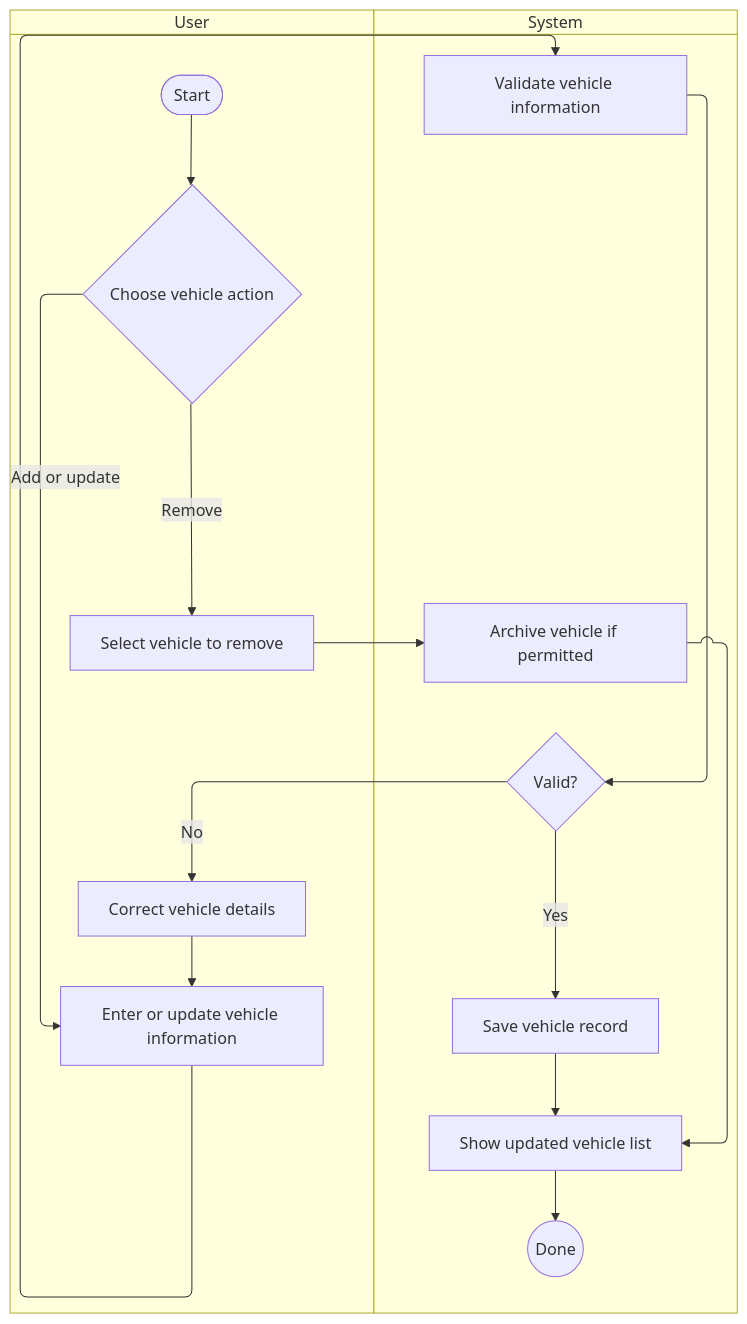
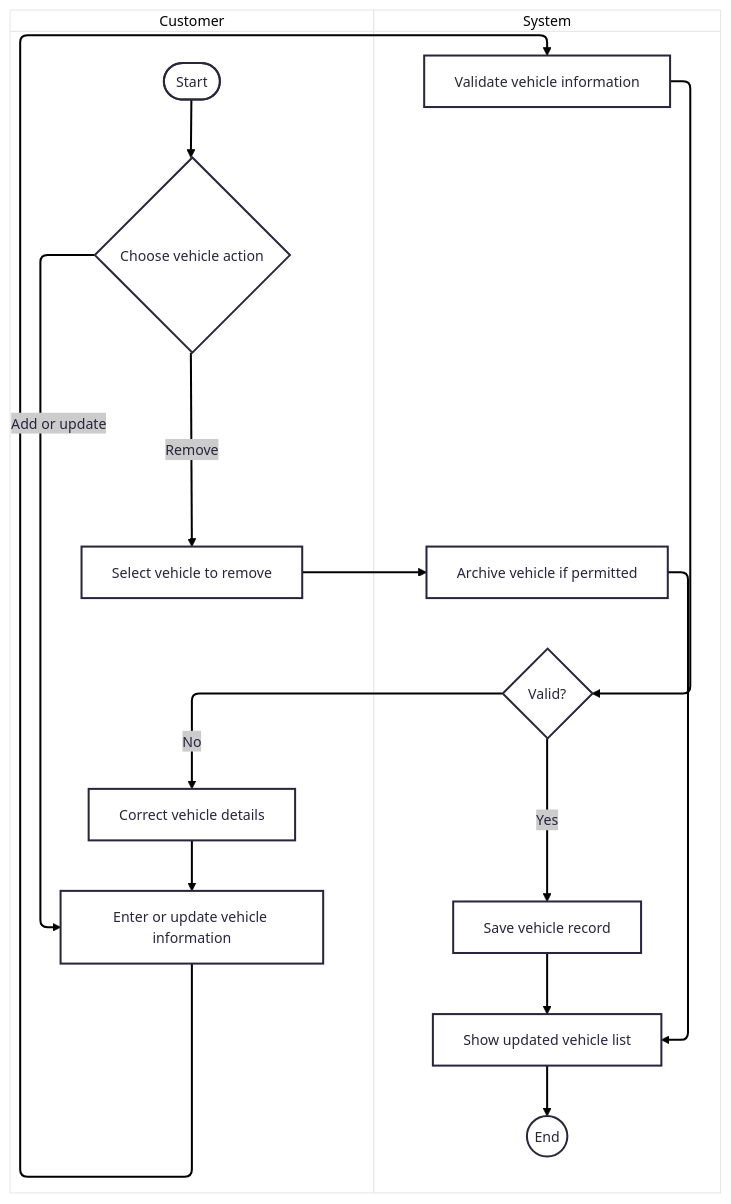
Before and after one commit to Service-Ride-Project/dokumen: the diagram in skpl/Activity Diagram/13-manage-vehicle.mmd, drawn with Mermaid. The commit also changed 37 other files, not shown here.

```diff
--- a/skpl/Activity Diagram/13-manage-vehicle.mmd
+++ b/skpl/Activity Diagram/13-manage-vehicle.mmd
@@ -1,23 +1,24 @@
+%%{init: {"theme": "redux-color"}}%%
 swimlane-beta TB
-  subgraph User["User"]
+  subgraph Customer["Customer"]
     start([Start])
     choose{Choose vehicle action}
     details[Enter or update vehicle information]
     remove[Select vehicle to remove]
     fix[Correct vehicle details]
   end
 
   subgraph System["System"]
     check[Validate vehicle information]
     valid{Valid?}
     save[Save vehicle record]
     archive[Archive vehicle if permitted]
     list[Show updated vehicle list]
-    done((Done))
+    finish((End))
   end
 
   start --> choose
   choose -->|Add or update| details --> check --> valid
   valid -->|No| fix --> details
-  valid -->|Yes| save --> list --> done
+  valid -->|Yes| save --> list --> finish
   choose -->|Remove| remove --> archive --> list
```
